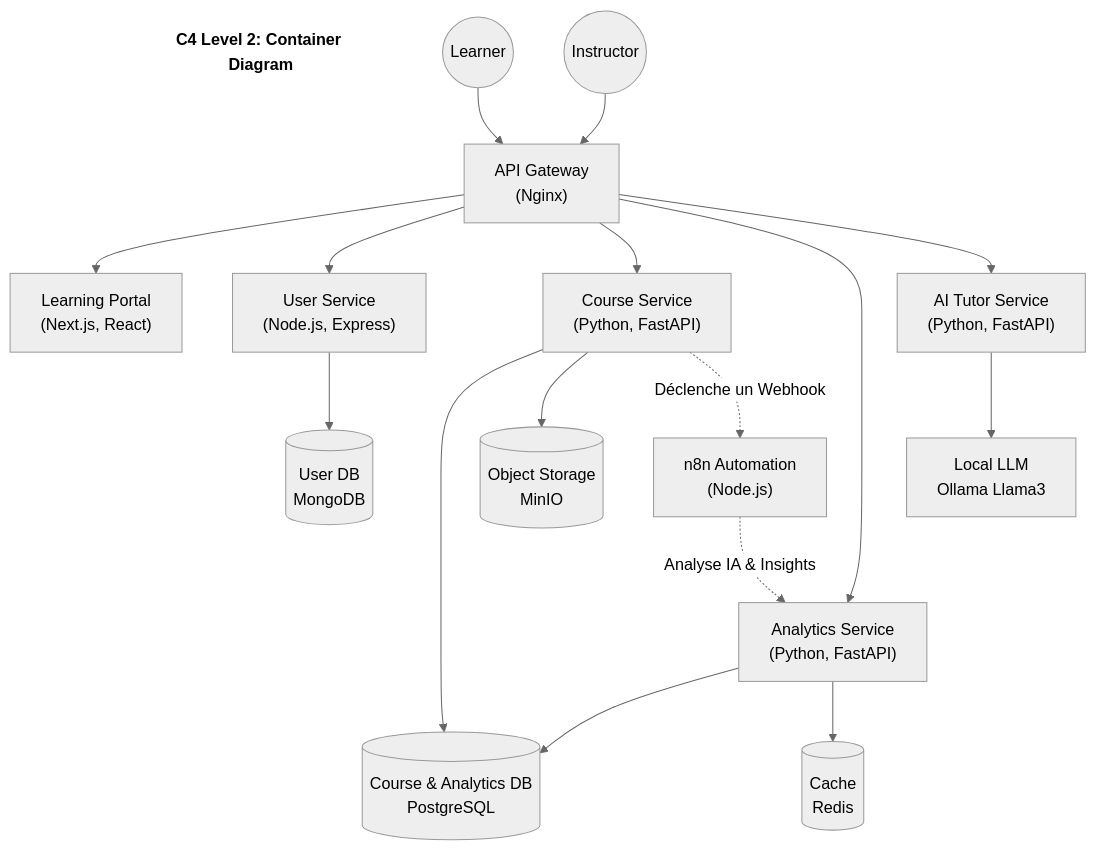
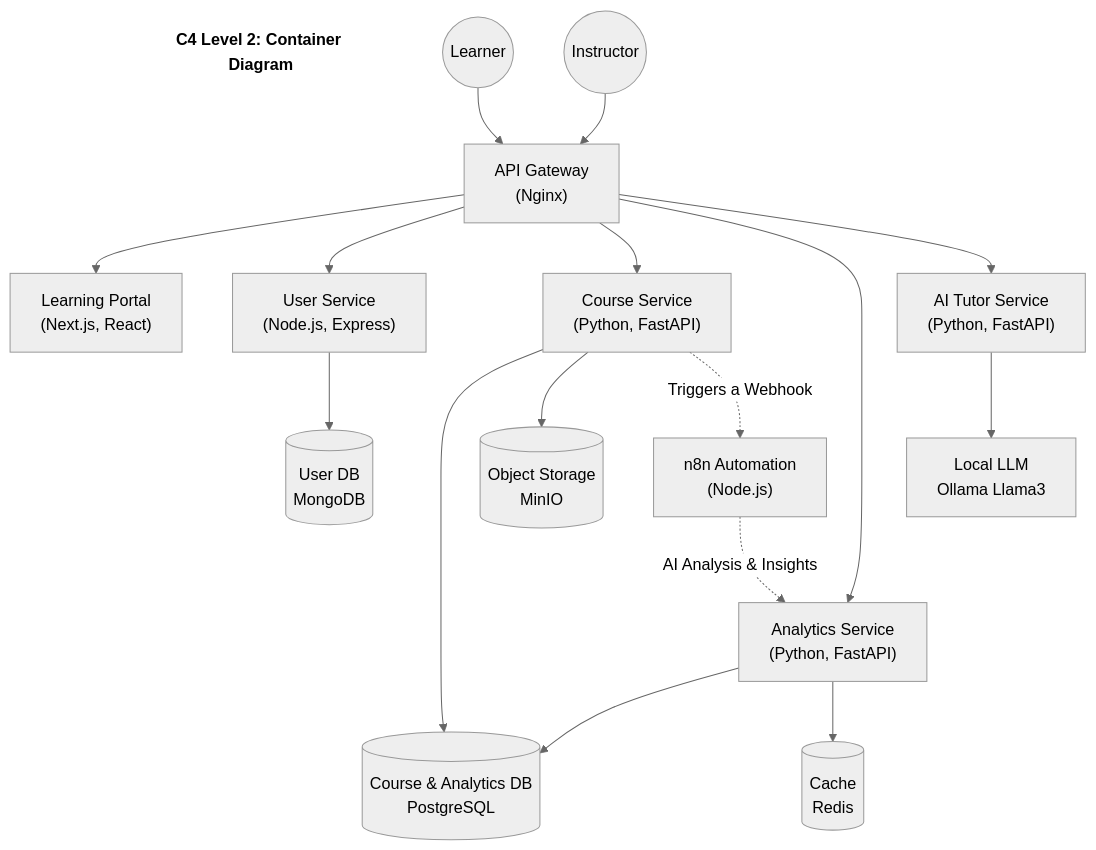
Before and after one commit to Sen-Se1/elearning-microservice-platform: the second of 10 diagrams in architecture.md, drawn with Mermaid (neutral theme). The commit also changed other lines of this file, not shown here.

Commit message:
docs: localize architecture terminology to English and refine Use Case diagrams

````diff
--- a/architecture.md
+++ b/architecture.md
@@ -29,42 +29,42 @@
 ```mermaid
 flowchart TD
     title["C4 Level 2: Container Diagram"]
     style title fill:none,stroke:none,font-weight:bold,font-size:16px
 
     Learner((Learner))
     Instructor((Instructor))
 
     Gateway["API Gateway<br/>(Nginx)"]
     Frontend["Learning Portal<br/>(Next.js, React)"]
     
     UserSvc["User Service<br/>(Node.js, Express)"]
     CourseSvc["Course Service<br/>(Python, FastAPI)"]
     AnalyticsSvc["Analytics Service<br/>(Python, FastAPI)"]
     AITutorSvc["AI Tutor Service<br/>(Python, FastAPI)"]
     n8n["n8n Automation<br/>(Node.js)"]
     
     DB_User[("User DB<br/>MongoDB")]
     DB_Course[("Course & Analytics DB<br/>PostgreSQL")]
     Cache_Redis[("Cache<br/>Redis")]
     Storage[("Object Storage<br/>MinIO")]
     Ollama["Local LLM<br/>Ollama Llama3"]
 
     Learner --> Gateway
     Instructor --> Gateway
     
     Gateway --> Frontend
     Gateway --> UserSvc
     Gateway --> CourseSvc
     Gateway --> AnalyticsSvc
     Gateway --> AITutorSvc
     
     UserSvc --> DB_User
     CourseSvc --> DB_Course
     CourseSvc --> Storage
     AnalyticsSvc --> DB_Course
     AnalyticsSvc --> Cache_Redis
     AITutorSvc --> Ollama
     
-    CourseSvc -.->|Déclenche un Webhook| n8n
-    n8n -.->|Analyse IA & Insights| AnalyticsSvc
+    CourseSvc -.->|Triggers a Webhook| n8n
+    n8n -.->|AI Analysis & Insights| AnalyticsSvc
 ```
````
